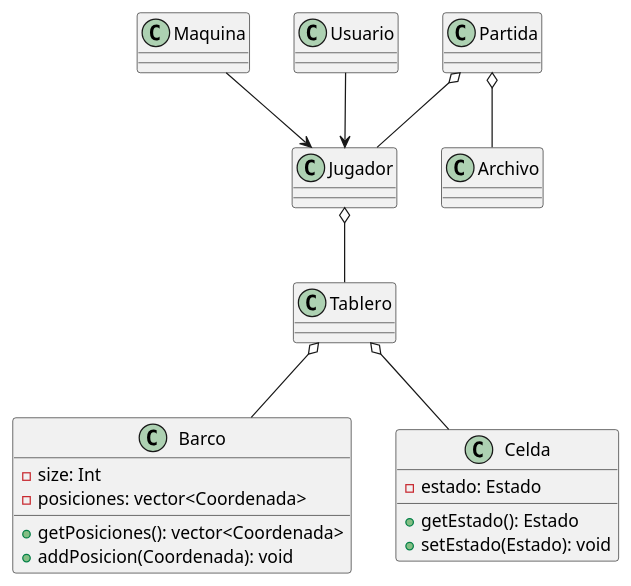
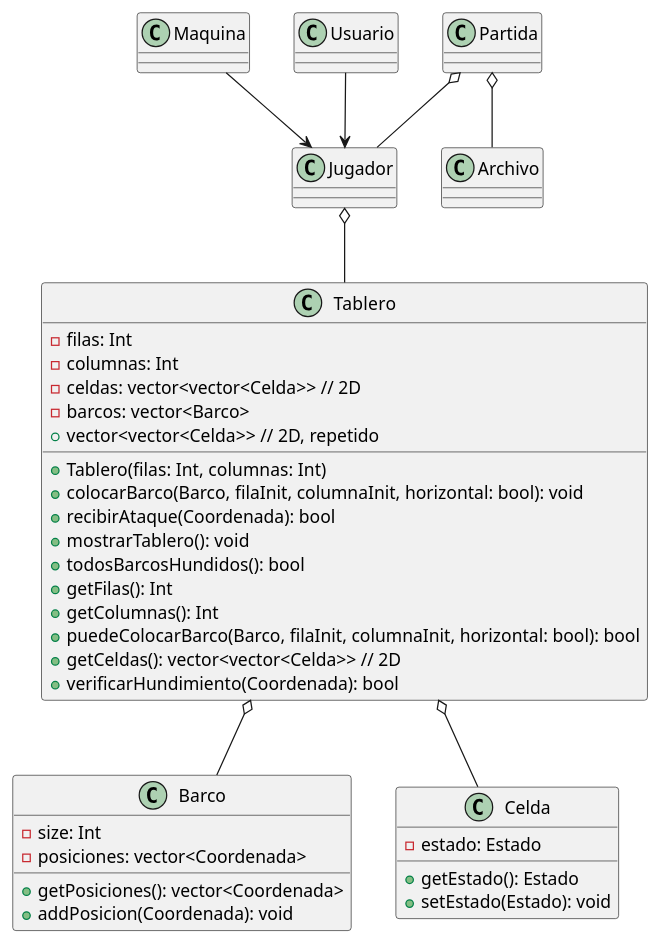
The diagram in docs/diagrama.wsd (santiago6124/ProyectoFinalProg2), drawn with PlantUML before and after one commit.

Commit message:
diagram v3 updated

```diff
--- a/docs/diagrama.wsd
+++ b/docs/diagrama.wsd
@@ -1,49 +1,64 @@
 @startuml
 
 
 class Tablero {
+    - filas: Int
+    - columnas: Int
+    - celdas: vector<vector<Celda>> // 2D
+    - barcos: vector<Barco>
+    + Tablero(filas: Int, columnas: Int)
+    + colocarBarco(Barco, filaInit, columnaInit, horizontal: bool): void
+    + recibirAtaque(Coordenada): bool
+    + mostrarTablero(): void
+    + todosBarcosHundidos(): bool
+    + getFilas(): Int
+    + getColumnas(): Int
+    + puedeColocarBarco(Barco, filaInit, columnaInit, horizontal: bool): bool
+    + vector<vector<Celda>> // 2D, repetido
+    + getCeldas(): vector<vector<Celda>> // 2D
+    + verificarHundimiento(Coordenada): bool
 }
 
 class Jugador {
 }
 
 Jugador o-- Tablero
 
 class Maquina {
 }
 
 class Usuario{
 }
 
 Maquina --> Jugador
 Usuario --> Jugador
 
 class Barco {
     - size: Int
     - posiciones: vector<Coordenada>
     + getPosiciones(): vector<Coordenada>
     + addPosicion(Coordenada): void
 }
 
 Tablero o-- Barco
 
 ' Casillero=Coordenada=Celda
 class Celda{
     - estado: Estado
     + getEstado(): Estado
     + setEstado(Estado): void
 }
 
 Tablero o-- Celda
 
 class Partida{
 }
 
 Partida o-- Jugador
 
 class Archivo{
 }
 
 Partida o-- Archivo
 
 @enduml
```
